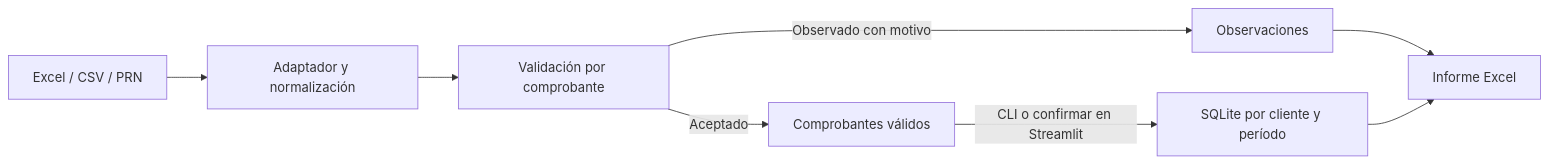
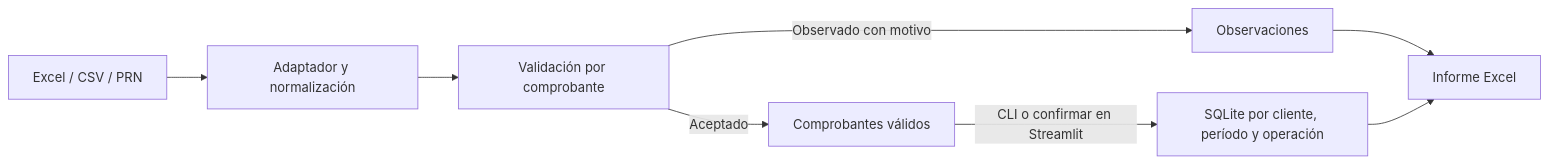
Before and after one commit to SantinelliGabriel/automatizador-reportes: the diagram in README.md, drawn with Mermaid. The commit also changed other lines of this file and 1 other file, not shown here.

Commit message:
Documenta reemplazo por operación y respaldo v2

````diff
--- a/README.md
+++ b/README.md
@@ -100,10 +100,10 @@
 ```mermaid
 flowchart LR
     A[Excel / CSV / PRN] --> B[Adaptador y normalización]
     B --> C[Validación por comprobante]
     C -->|Aceptado| D[Comprobantes válidos]
     C -->|Observado con motivo| E[Observaciones]
-    D -->|CLI o confirmar en Streamlit| F[SQLite por cliente y período]
+    D -->|CLI o confirmar en Streamlit| F[SQLite por cliente, período y operación]
     E --> G[Informe Excel]
     F --> G
 ```
````
